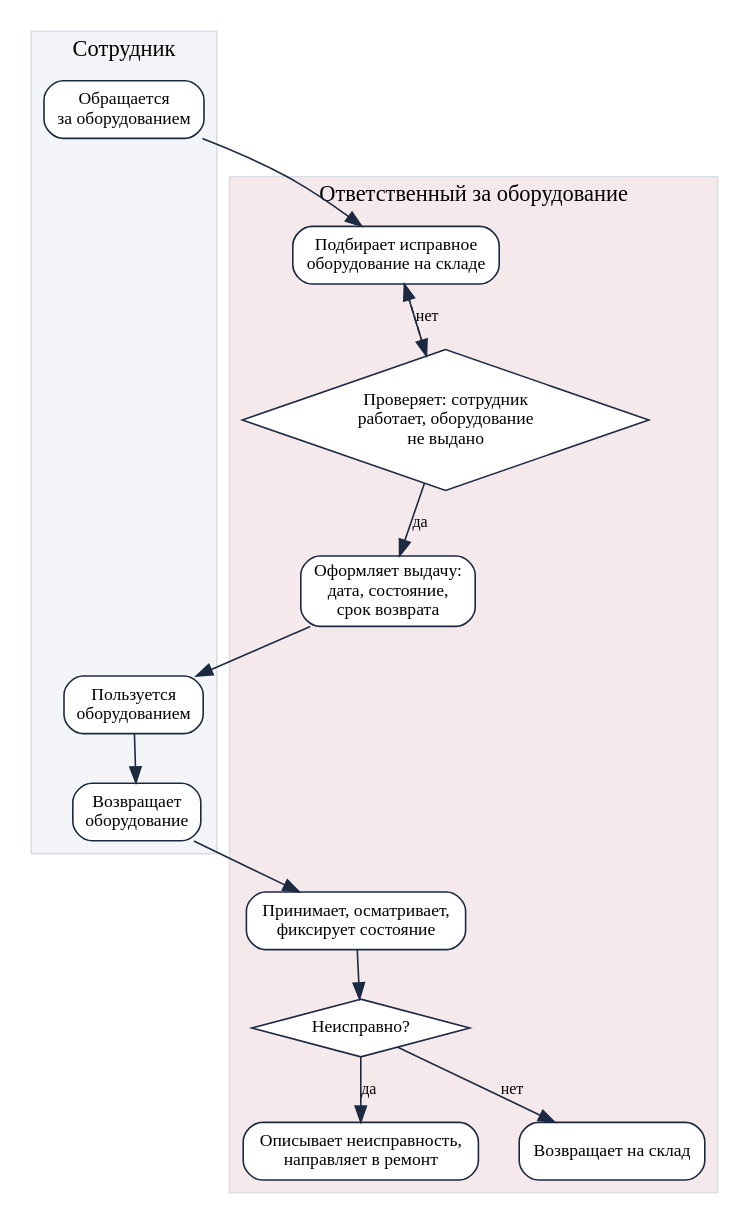
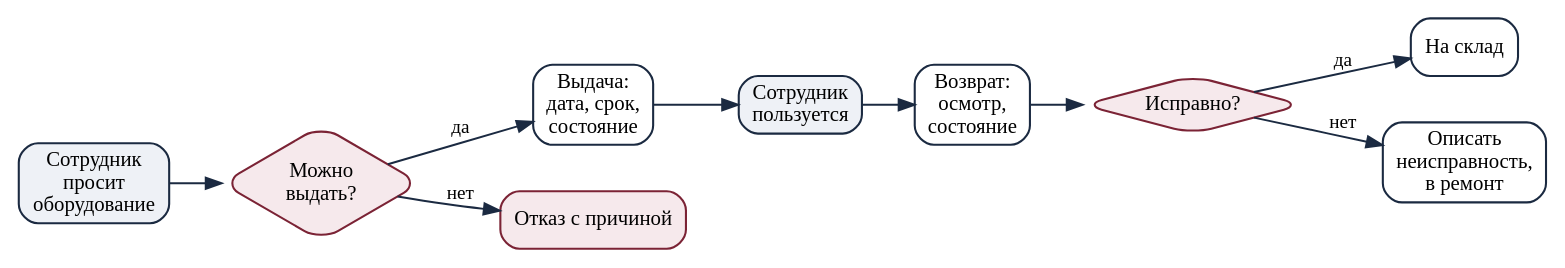
Before and after one commit to Black287234/KP-Nek: the diagram in docs/report/diagrams/process.dot, drawn with Graphviz. The commit also changed 15 other files, not shown here.

First line of the commit message:
Упрощены схемы, легенда к выделенному правилу, последний слайд — только «Спасибо за внимание»

```diff
--- a/docs/report/diagrams/process.dot
+++ b/docs/report/diagrams/process.dot
@@ -1,13 +1,15 @@
 digraph G {
-  graph [rankdir=TB, fontname="Liberation Serif", bgcolor=white, nodesep=0.35, ranksep=0.4, newrank=true];
-  node [fontname="Liberation Serif", fontsize=11, shape=box, style="rounded,filled", fillcolor=white, color="#1b2a41"];
-  edge [fontname="Liberation Serif", fontsize=10, color="#1b2a41"];
-  subgraph cluster_emp { label="Сотрудник"; style="filled"; fillcolor="#f4f5f8"; color="#d9dde4"; fontname="Liberation Serif";
-    a1 [label="Обращается\nза оборудованием"]; a6 [label="Пользуется\nоборудованием"]; a7 [label="Возвращает\nоборудование"]; }
-  subgraph cluster_mol { label="Ответственный за оборудование"; style="filled"; fillcolor="#f6e9ec"; color="#d9dde4"; fontname="Liberation Serif";
-    a2 [label="Подбирает исправное\nоборудование на складе"]; a3 [label="Проверяет: сотрудник\nработает, оборудование\nне выдано", shape=diamond, style=filled, fillcolor=white];
-    a4 [label="Оформляет выдачу:\nдата, состояние,\nсрок возврата"]; a8 [label="Принимает, осматривает,\nфиксирует состояние"];
-    a9 [label="Неисправно?", shape=diamond, style=filled, fillcolor=white]; a10 [label="Описывает неисправность,\nнаправляет в ремонт"]; a11 [label="Возвращает на склад"]; }
-  a1 -> a2 -> a3; a3 -> a4 [label="да"]; a3 -> a2 [label="нет", style=dashed];
-  a4 -> a6 -> a7 -> a8 -> a9; a9 -> a10 [label="да"]; a9 -> a11 [label="нет"];
+  graph [rankdir=LR, fontname="Liberation Serif", bgcolor=white, nodesep=0.4, ranksep=0.45];
+  node [fontname="Liberation Serif", fontsize=13, shape=box, style="rounded,filled", fillcolor=white, color="#1b2a41", penwidth=1.3];
+  edge [fontname="Liberation Serif", fontsize=12, color="#1b2a41", penwidth=1.2];
+  a [label="Сотрудник\nпросит\nоборудование", fillcolor="#eef1f6"];
+  b [label="Можно\nвыдать?", shape=diamond, fillcolor="#f6e9ec", color="#7b2335"];
+  c [label="Выдача:\nдата, срок,\nсостояние"];
+  d [label="Сотрудник\nпользуется", fillcolor="#eef1f6"];
+  e [label="Возврат:\nосмотр,\nсостояние"];
+  f [label="Исправно?", shape=diamond, fillcolor="#f6e9ec", color="#7b2335"];
+  g [label="На склад"];
+  h [label="Описать\nнеисправность,\nв ремонт"];
+  x [label="Отказ с причиной", fillcolor="#f6e9ec", color="#7b2335"];
+  a -> b; b -> c [label="да"]; b -> x [label="нет"]; c -> d -> e -> f; f -> g [label="да"]; f -> h [label="нет"];
 }
```
